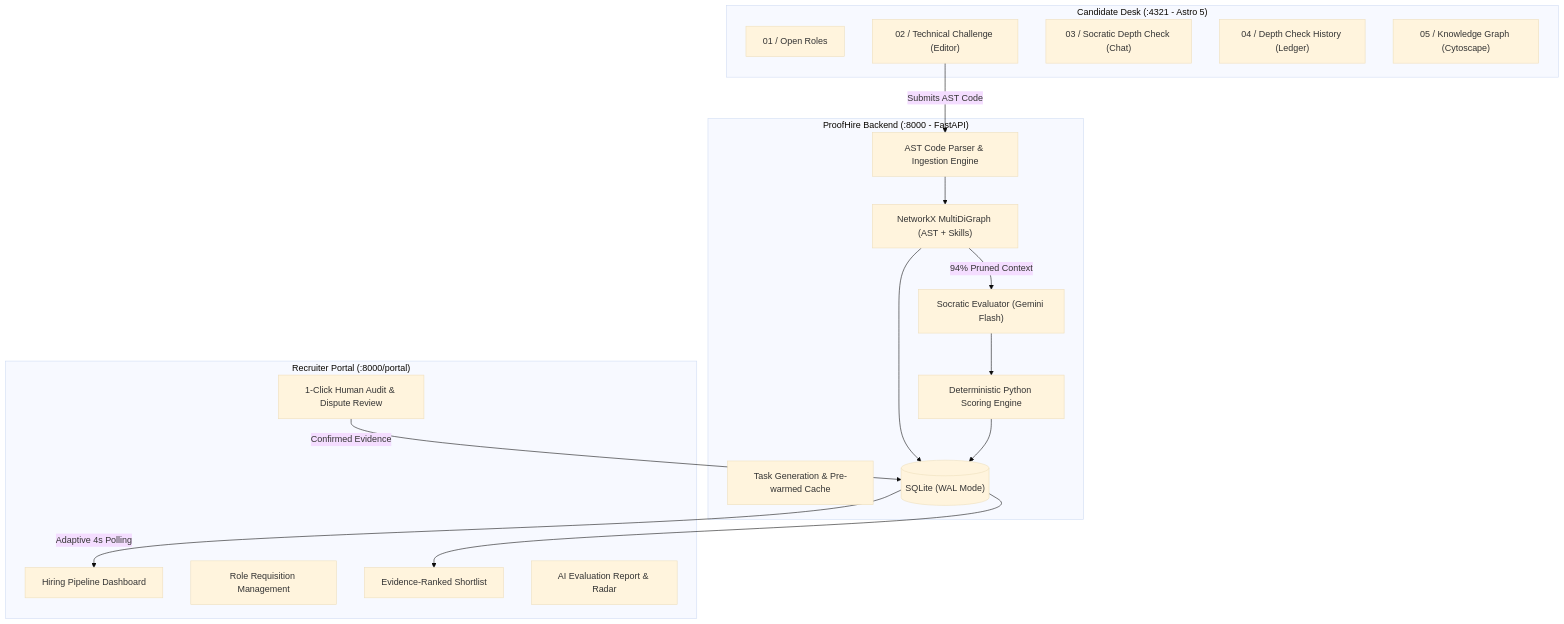
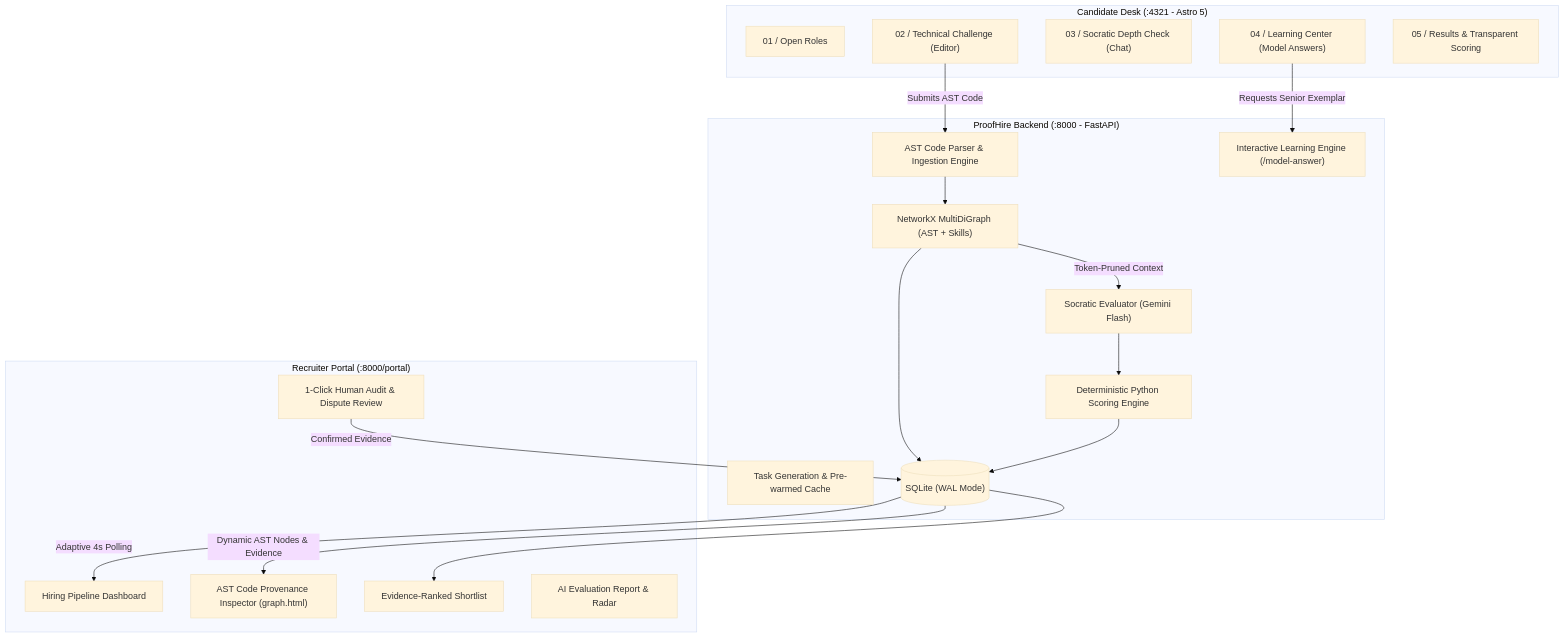
One commit to Tech1824/proofHire changed the diagram in README.md. Above: the diagram before and after it, drawn with Mermaid (base theme). The commit also changed other lines of this file, not shown here.

Commit message:
docs: update README with recruiter AST Knowledge Graph, Learning Center, and security architecture

````diff
--- a/README.md
+++ b/README.md
@@ -21,38 +21,41 @@
 ```mermaid
 flowchart TD
     subgraph Candidate_Desk["Candidate Desk (:4321 - Astro 5)"]
         UI_Roles["01 / Open Roles"]
         UI_Code["02 / Technical Challenge (Editor)"]
         UI_Depth["03 / Socratic Depth Check (Chat)"]
-        UI_Audit["04 / Depth Check History (Ledger)"]
-        UI_Graph["05 / Knowledge Graph (Cytoscape)"]
+        UI_Learn["04 / Learning Center (Model Answers)"]
+        UI_Shortlist["05 / Results & Transparent Scoring"]
     end
 
     subgraph Backend_Engine["ProofHire Backend (:8000 - FastAPI)"]
         API_Tasks["Task Generation & Pre-warmed Cache"]
         AST_Parser["AST Code Parser & Ingestion Engine"]
         Graph_Engine["NetworkX MultiDiGraph (AST + Skills)"]
         AI_Socratic["Socratic Evaluator (Gemini Flash)"]
+        AI_ModelAns["Interactive Learning Engine (/model-answer)"]
         Scoring_Math["Deterministic Python Scoring Engine"]
         DB_WAL[("SQLite (WAL Mode)")]
     end
 
     subgraph Recruiter_Portal["Recruiter Portal (:8000/portal)"]
         REC_Dash["Hiring Pipeline Dashboard"]
-        REC_Jobs["Role Requisition Management"]
-        REC_List["Evidence-Ranked Shortlist"]
+        REC_Graph["AST Code Provenance Inspector (graph.html)"]
+        REC_Shortlist["Evidence-Ranked Shortlist"]
         REC_Report["AI Evaluation Report & Radar"]
         REC_Audit["1-Click Human Audit & Dispute Review"]
     end
 
     UI_Code -->|Submits AST Code| AST_Parser
     AST_Parser --> Graph_Engine
     Graph_Engine --> DB_WAL
-    Graph_Engine -->|94% Pruned Context| AI_Socratic
+    Graph_Engine -->|Token-Pruned Context| AI_Socratic
     AI_Socratic --> Scoring_Math
     Scoring_Math --> DB_WAL
+    UI_Learn -->|Requests Senior Exemplar| AI_ModelAns
 
     DB_WAL -->|Adaptive 4s Polling| REC_Dash
-    DB_WAL --> REC_List
+    DB_WAL -->|Dynamic AST Nodes & Evidence| REC_Graph
+    DB_WAL --> REC_Shortlist
     REC_Audit -->|Confirmed Evidence| DB_WAL
 ```
````
